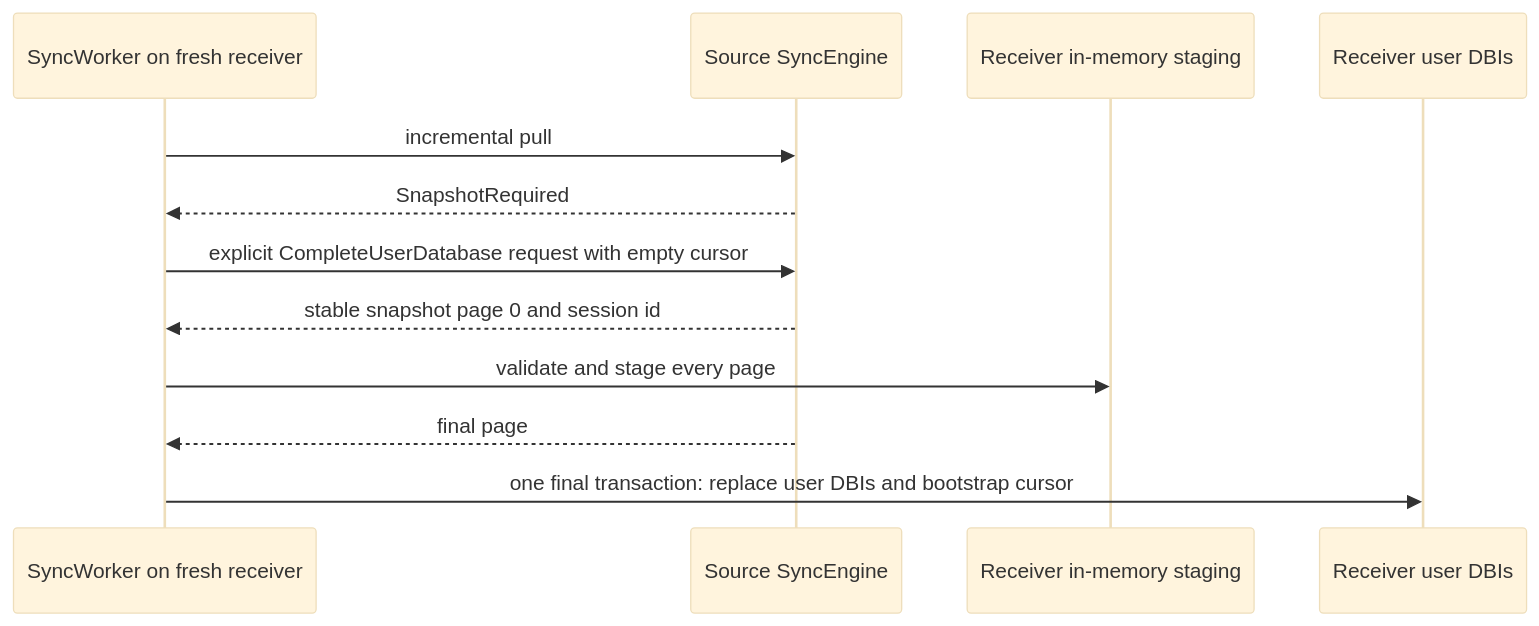
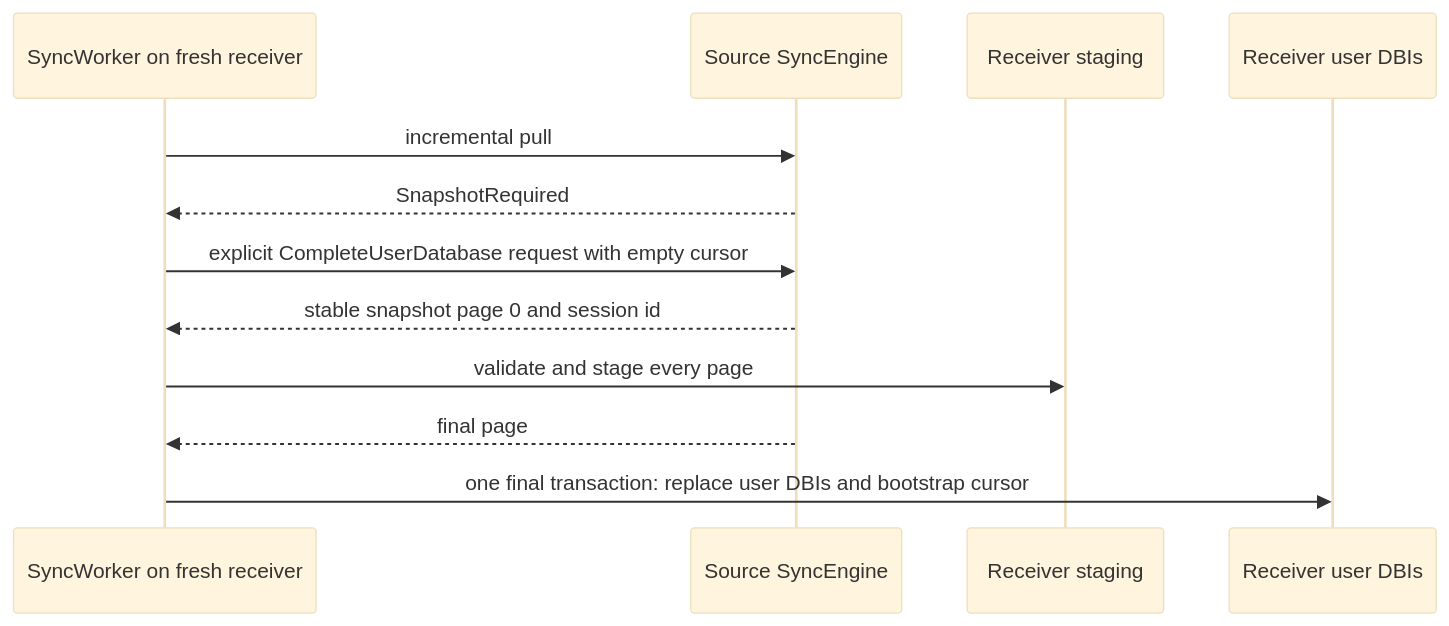
The diagram in docs/sync-recovery.md (LimiNode/mdbx-containers), drawn with Mermaid (base theme) before and after one commit. The commit also changed other lines of this file and 11 other files, not shown here.

````diff
--- a/docs/sync-recovery.md
+++ b/docs/sync-recovery.md
@@ -36,15 +36,15 @@
 ```mermaid
 sequenceDiagram
     participant W as SyncWorker on fresh receiver
     participant S as Source SyncEngine
-    participant Stage as Receiver in-memory staging
+    participant Stage as Receiver staging
     participant DB as Receiver user DBIs
 
     W->>S: incremental pull
     S-->>W: SnapshotRequired
     W->>S: explicit CompleteUserDatabase request with empty cursor
     S-->>W: stable snapshot page 0 and session id
     W->>Stage: validate and stage every page
     S-->>W: final page
     W->>DB: one final transaction: replace user DBIs and bootstrap cursor
 ```
````
